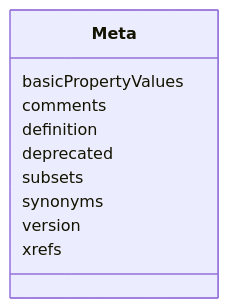
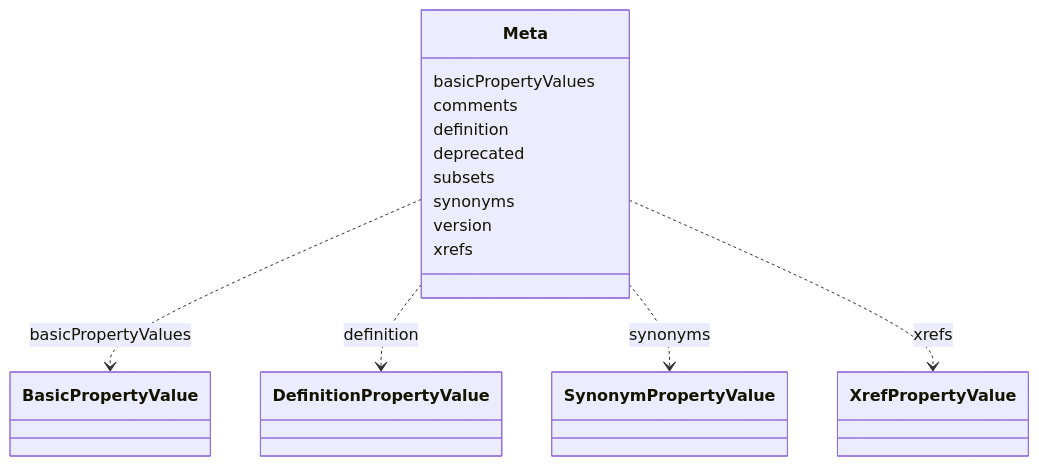
The diagram in obograph/Meta.md (INCATools/ontology-access-kit), drawn with Mermaid before and after one commit. The commit also changed other lines of this file and 1783 other files, not shown here.

````diff
--- a/obograph/Meta.md
+++ b/obograph/Meta.md
@@ -11,13 +11,29 @@
 ```{mermaid}
  classDiagram
     class Meta
       Meta : basicPropertyValues
+        
+          Meta ..> BasicPropertyValue : basicPropertyValues
+        
       Meta : comments
+        
       Meta : definition
+        
+          Meta ..> DefinitionPropertyValue : definition
+        
       Meta : deprecated
+        
       Meta : subsets
+        
       Meta : synonyms
+        
+          Meta ..> SynonymPropertyValue : synonyms
+        
       Meta : version
+        
       Meta : xrefs
+        
+          Meta ..> XrefPropertyValue : xrefs
+        
       
 ```
````
